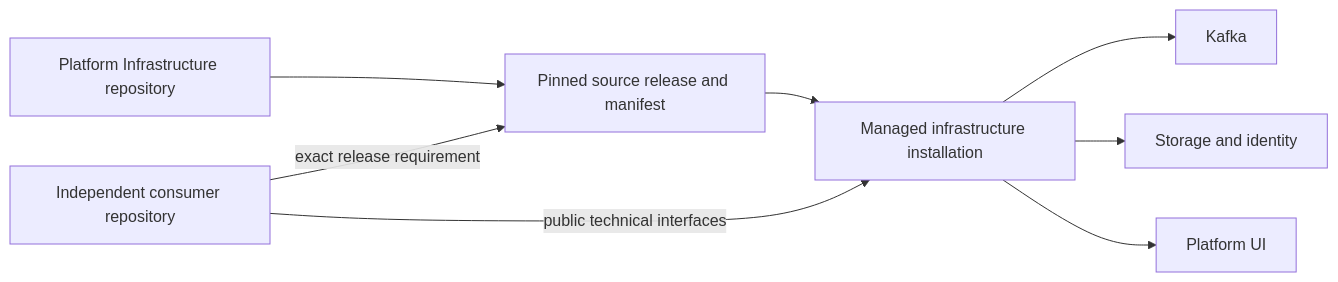
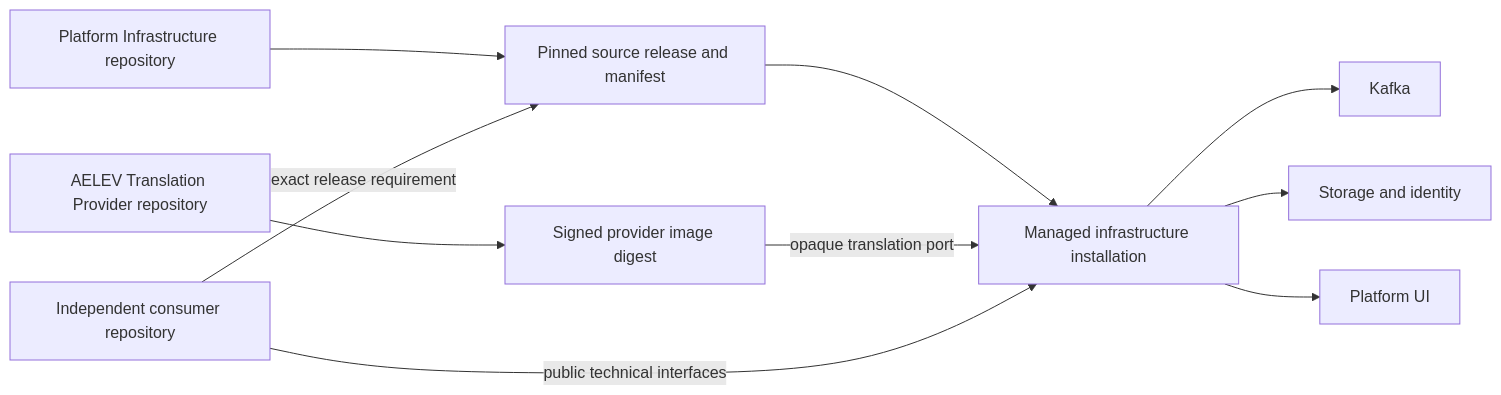
Before and after one commit to sapogov1978/AELEV-platform-infrastructure: the diagram in docs/architecture/repositories.mmd, drawn with Mermaid. The commit also changed 381 other files, not shown here.

```diff
--- a/docs/architecture/repositories.mmd
+++ b/docs/architecture/repositories.mmd
@@ -1,11 +1,14 @@
 flowchart LR
     SRC[Platform Infrastructure repository] --> REL[Pinned source release and manifest]
     REL --> ENV[Managed infrastructure installation]
+    PROV[AELEV Translation Provider repository] --> PIMG[Signed provider image digest]
+    PIMG -->|opaque translation port| ENV
     APP[Independent consumer repository] -->|exact release requirement| REL
     APP -->|public technical interfaces| ENV
     ENV --> K[Kafka]
     ENV --> S[Storage and identity]
     ENV --> U[Platform UI]
     click K "../../kafka/architecture.mmd" "Kafka"
     click S "../../postgresql/architecture.mmd" "PostgreSQL"
     click U "../../platform-ui/architecture.mmd" "Platform UI"
+    click PROV "https://github.com/sapogov1978/AELEV-translation-provider" "Translation Provider"
```
